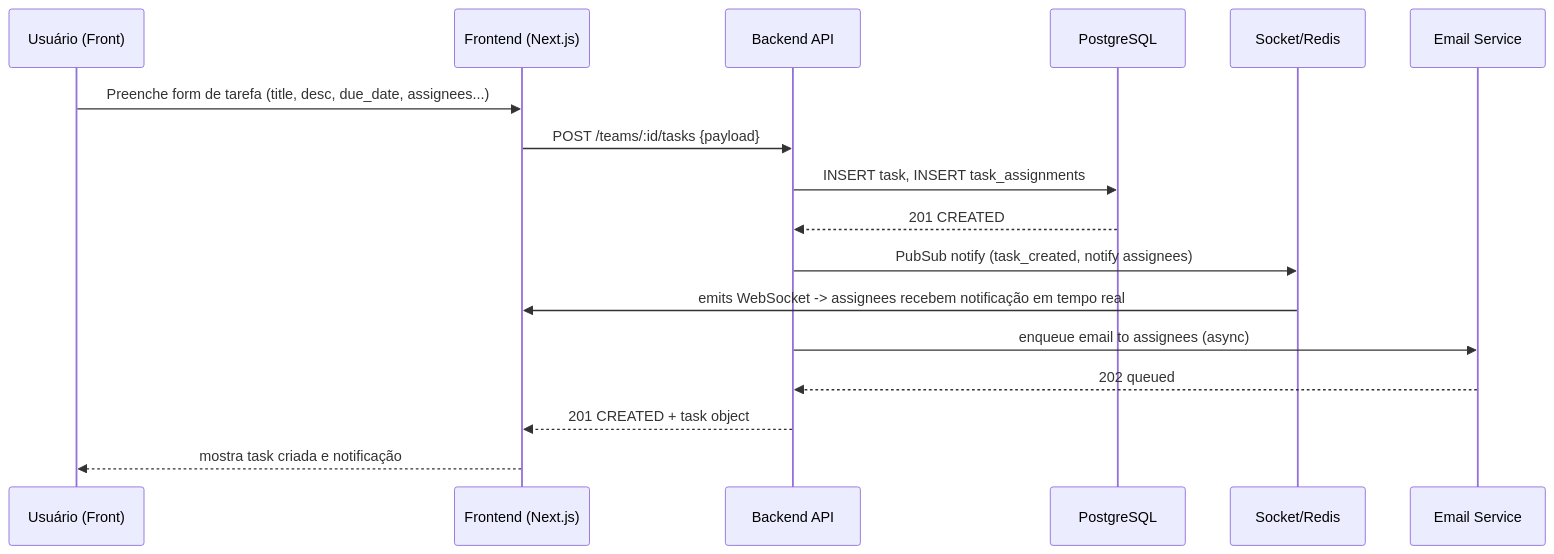
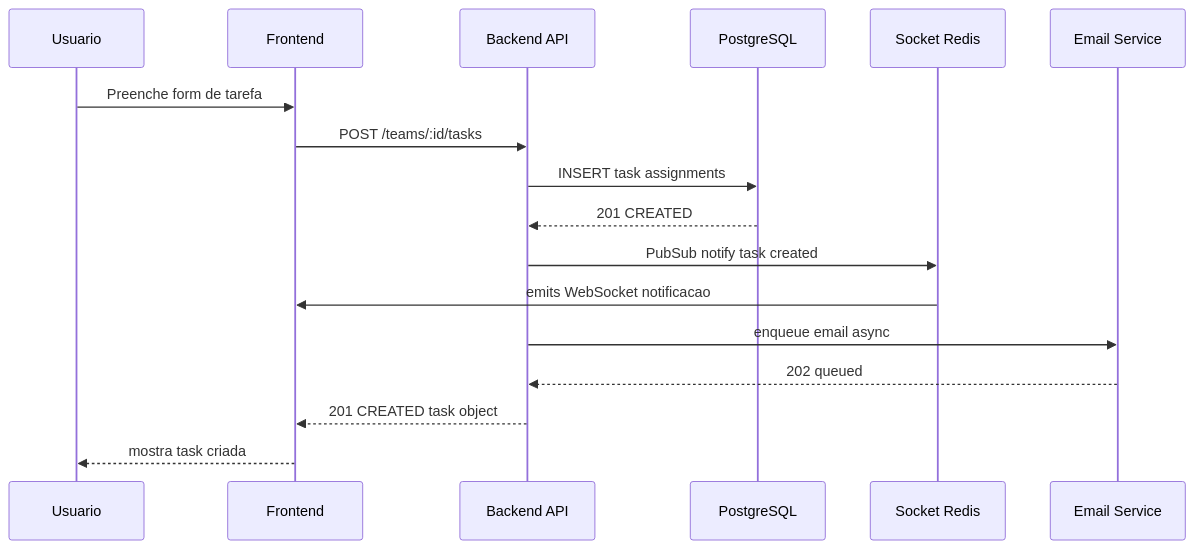
One commit to EduardoReis2020/Tarefix changed the fourth of 7 diagrams in docs/Tarefix.md. Above: the diagram before and after it, drawn with Mermaid. The commit also changed other lines of this file, not shown here.

````diff
--- a/docs/Tarefix.md
+++ b/docs/Tarefix.md
@@ -222,20 +222,20 @@
 ```mermaid
 sequenceDiagram
-  participant U as Usuário (Front)
-  participant FE as Frontend (Next.js)
+  participant U as Usuario
+  participant FE as Frontend
   participant API as Backend API
   participant DB as PostgreSQL
-  participant S as Socket/Redis
+  participant S as Socket Redis
   participant Email as Email Service
 
-  U->>FE: Preenche form de tarefa (title, desc, due_date, assignees...)
-  FE->>API: POST /teams/:id/tasks {payload}
-  API->>DB: INSERT task, INSERT task_assignments
+  U->>FE: Preenche form de tarefa
+  FE->>API: POST /teams/:id/tasks
+  API->>DB: INSERT task assignments
   DB-->>API: 201 CREATED
-  API->>S: PubSub notify (task_created, notify assignees)
-  S->>FE: emits WebSocket -> assignees recebem notificação em tempo real
-  API->>Email: enqueue email to assignees (async)
+  API->>S: PubSub notify task created
+  S->>FE: emits WebSocket notificacao
+  API->>Email: enqueue email async
   Email-->>API: 202 queued
-  API-->>FE: 201 CREATED + task object
-  FE-->>U: mostra task criada e notificação
+  API-->>FE: 201 CREATED task object
+  FE-->>U: mostra task criada
 ```
````
